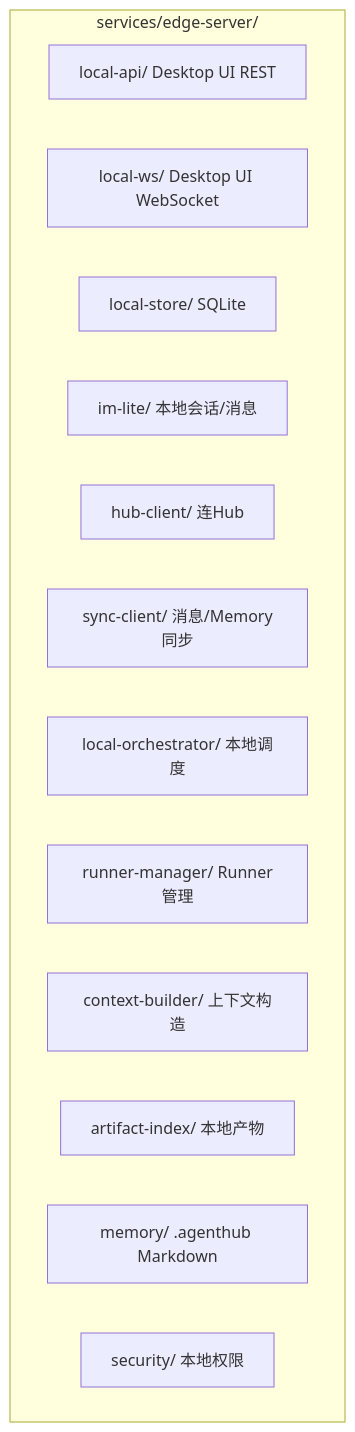
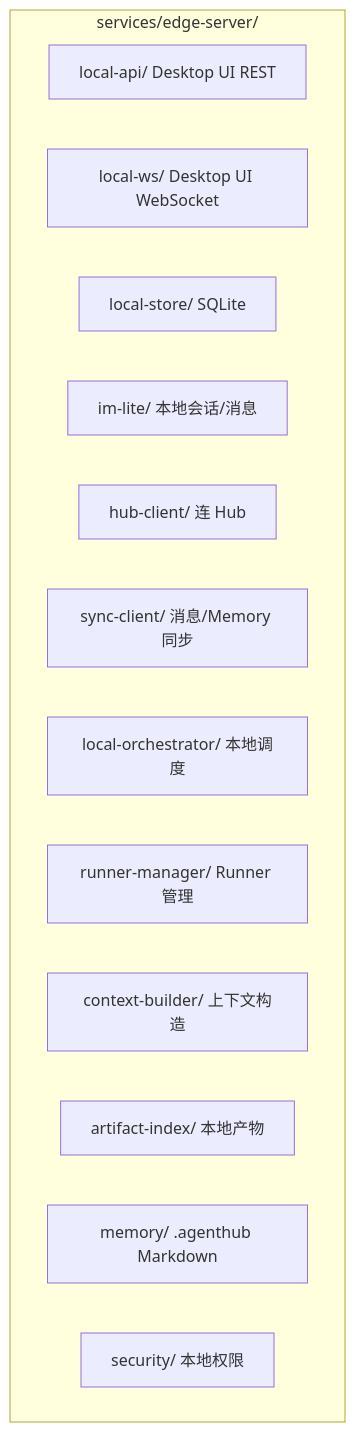
The third of 10 diagrams in docs/architecture.md (TokenDanceLab/AgentHub), drawn with Mermaid before and after one commit. The commit also changed other lines of this file and 49 other files, not shown here.

````diff
--- a/docs/architecture.md
+++ b/docs/architecture.md
@@ -61,17 +61,17 @@
 ```mermaid
 graph TB
     subgraph Edge["services/edge-server/"]
         API["local-api/ Desktop UI REST"]
         WS["local-ws/ Desktop UI WebSocket"]
         Store["local-store/ SQLite"]
         IM["im-lite/ 本地会话/消息"]
-        HC["hub-client/ 连Hub"]
-        SC["sync-client/ 消息/Memory同步"]
+        HC["hub-client/ 连 Hub"]
+        SC["sync-client/ 消息/Memory 同步"]
         Orch["local-orchestrator/ 本地调度"]
-        RM["runner-manager/ Runner管理"]
+        RM["runner-manager/ Runner 管理"]
         CB["context-builder/ 上下文构造"]
         AI["artifact-index/ 本地产物"]
         Mem["memory/ .agenthub Markdown"]
         Sec["security/ 本地权限"]
     end
 ```
````
